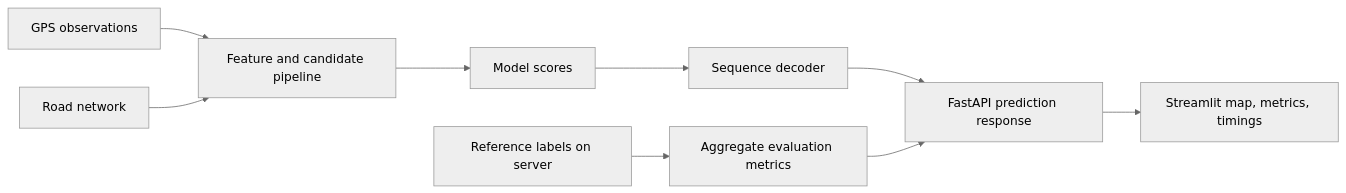
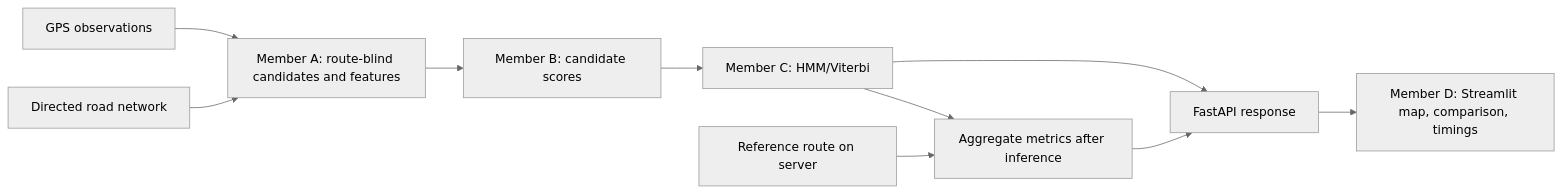
One commit to armaanyt07-jpg/PathSnap changed the diagram in docs/report_outline.md. Above: the diagram before and after it, drawn with Mermaid (neutral theme). The commit also changed other lines of this file and 23 other files, not shown here.

````diff
--- a/docs/report_outline.md
+++ b/docs/report_outline.md
@@ -11,11 +11,12 @@
 ```mermaid
 flowchart LR
-    A[GPS observations] --> B[Feature and candidate pipeline]
-    C[Road network] --> B
-    B --> D[Model scores]
-    D --> E[Sequence decoder]
-    E --> F[FastAPI prediction response]
-    F --> G[Streamlit map, metrics, timings]
-    H[Reference labels on server] --> I[Aggregate evaluation metrics]
-    I --> F
+    A[GPS observations] --> B[Member A: route-blind candidates and features]
+    N[Directed road network] --> B
+    B --> C[Member B: candidate scores]
+    C --> D[Member C: HMM/Viterbi]
+    D --> E[FastAPI response]
+    R[Reference route on server] --> M[Aggregate metrics after inference]
+    D --> M
+    M --> E
+    E --> U[Member D: Streamlit map, comparison, timings]
 ```
````
